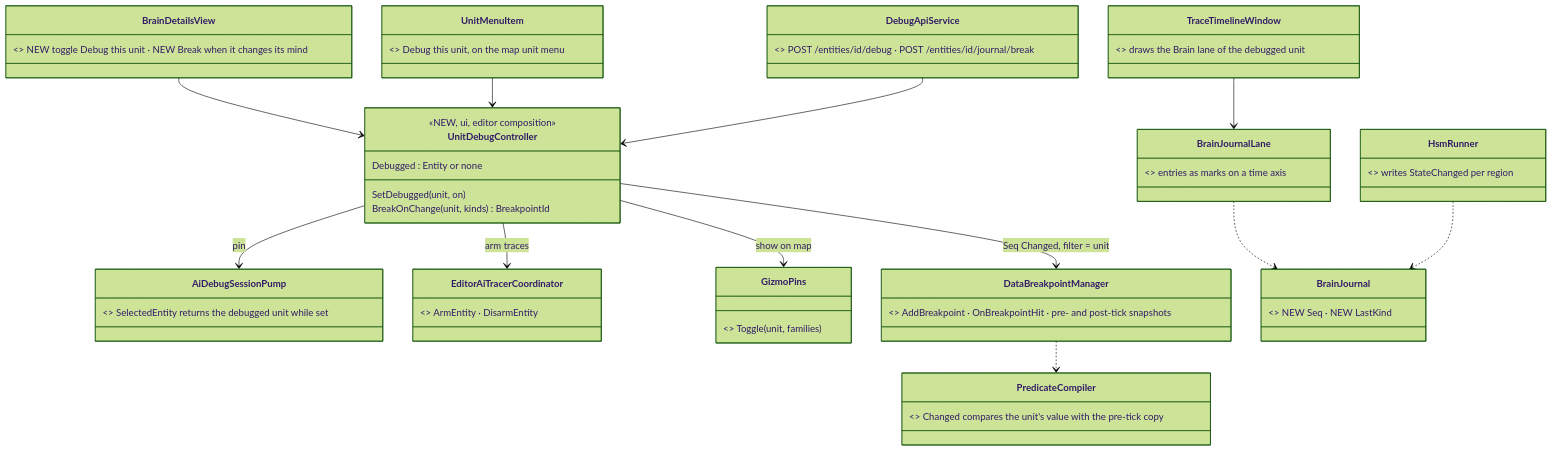
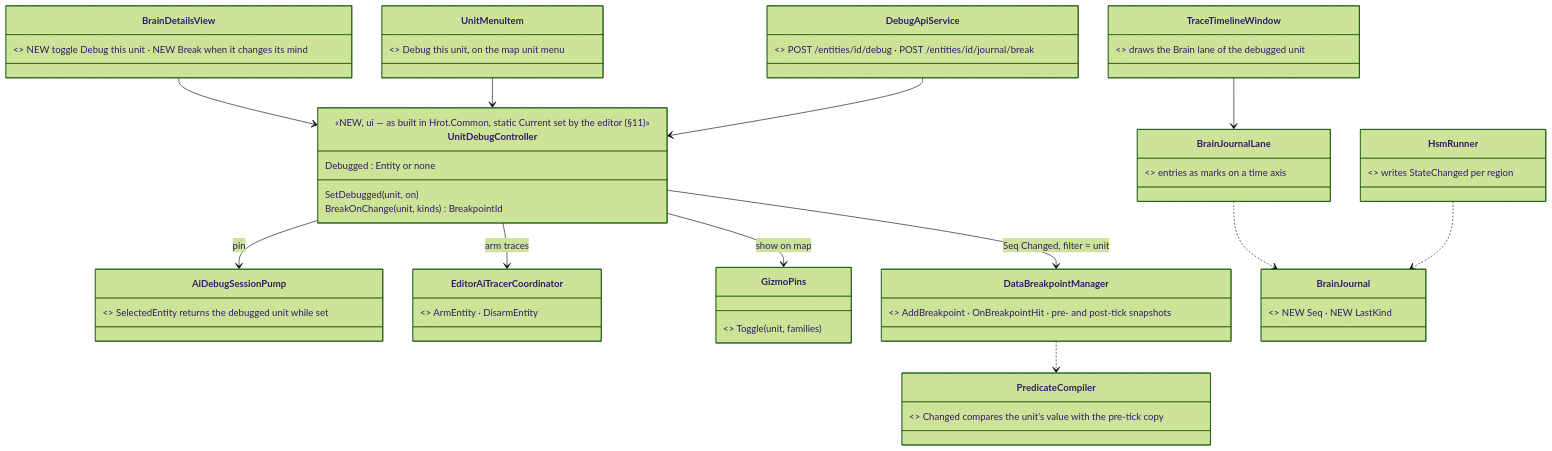
Before and after one commit to pjanec/HROT: the eighth of 10 diagrams in docs/DESIGN_Entity_Brain_View.md, drawn with Mermaid (forest theme). The commit also changed other lines of this file and 47 other files, not shown here.

````diff
--- a/docs/DESIGN_Entity_Brain_View.md
+++ b/docs/DESIGN_Entity_Brain_View.md
@@ -399,32 +399,32 @@
 ```mermaid
 classDiagram
   class UnitDebugController {
-    <<NEW, ui, editor composition>>
+    <<NEW, ui — as built in Hrot.Common, static Current set by the editor (§11)>>
     Debugged : Entity or none
     SetDebugged(unit, on)
     BreakOnChange(unit, kinds) BreakpointId
   }
   class BrainDetailsView { <<Phase 1>> NEW toggle Debug this unit · NEW Break when it changes its mind }
   class UnitMenuItem { <<NEW>> Debug this unit, on the map unit menu }
   class DebugApiService { <<exists, changed>> POST /entities/id/debug · POST /entities/id/journal/break }
   class AiDebugSessionPump { <<exists, changed BV-22>> SelectedEntity returns the debugged unit while set }
   class EditorAiTracerCoordinator { <<exists>> ArmEntity · DisarmEntity }
   class GizmoPins { <<exists, R-227>> Toggle(unit, families) }
   class DataBreakpointManager { <<exists>> AddBreakpoint · OnBreakpointHit · pre- and post-tick snapshots }
   class PredicateCompiler { <<exists, changed>> Changed compares the unit's value with the pre-tick copy }
   class BrainJournal { <<Phase 2, changed>> NEW Seq · NEW LastKind }
   class TraceTimelineWindow { <<exists, changed>> draws the Brain lane of the debugged unit }
   class BrainJournalLane { <<NEW>> entries as marks on a time axis }
   class HsmRunner { <<exists, changed>> writes StateChanged per region }
   BrainDetailsView --> UnitDebugController
   UnitMenuItem --> UnitDebugController
   DebugApiService --> UnitDebugController
   UnitDebugController --> AiDebugSessionPump : pin
   UnitDebugController --> EditorAiTracerCoordinator : arm traces
   UnitDebugController --> GizmoPins : show on map
   UnitDebugController --> DataBreakpointManager : Seq Changed, filter = unit
   DataBreakpointManager ..> PredicateCompiler
   TraceTimelineWindow --> BrainJournalLane
   BrainJournalLane ..> BrainJournal
   HsmRunner ..> BrainJournal
 ```
````
